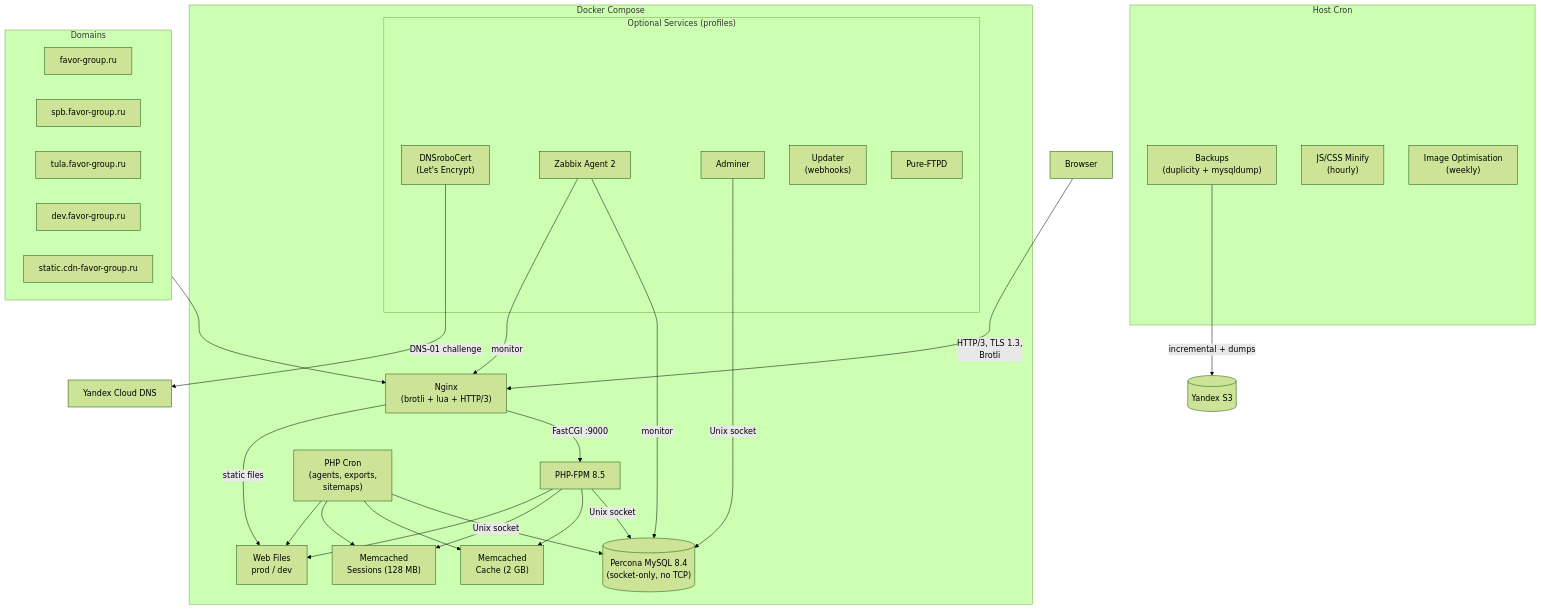
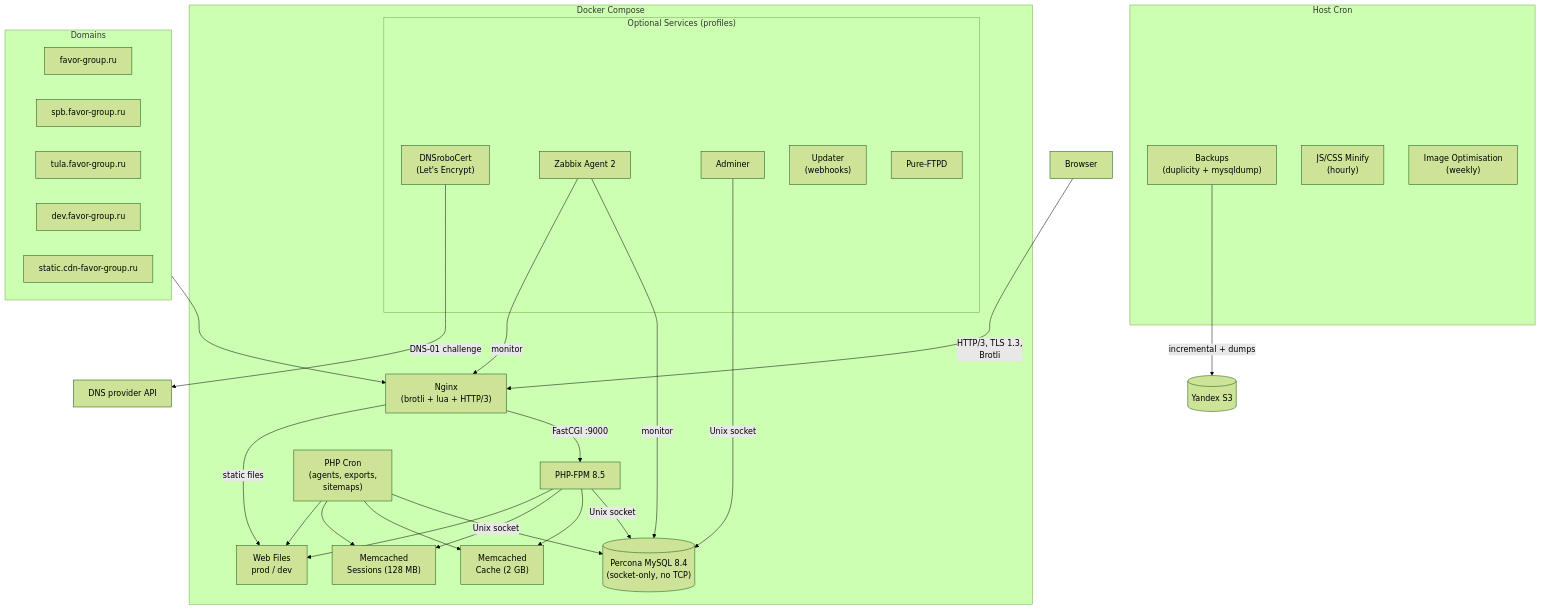
Before and after one commit to paskal/bitrix.infra: the first of 2 diagrams in Readme.md, drawn with Mermaid (forest theme). The commit also changed other lines of this file and 7 other files, not shown here.

First line of the commit message:
Drop the Yandex Cloud DNS token refresh

````diff
--- a/Readme.md
+++ b/Readme.md
@@ -9,52 +9,52 @@
 ```mermaid
 flowchart TB
     User["Browser"] -->|"HTTP/3, TLS 1.3,<br>Brotli"| Nginx
 
     subgraph Docker["Docker Compose"]
         Nginx["Nginx<br>(brotli + lua + HTTP/3)"]
 
         Nginx -->|"FastCGI :9000"| PHP["PHP-FPM 8.5"]
         Nginx -->|"static files"| Web["Web Files<br>prod / dev"]
 
         PHP -->|"Unix socket"| MySQL[("Percona MySQL 8.4<br>(socket-only, no TCP)")]
         PHP --> Memcached["Memcached<br>Cache (2 GB)"]
         PHP --> MemSessions["Memcached<br>Sessions (128 MB)"]
         PHP --> Web
 
         PHPCron["PHP Cron<br>(agents, exports,<br>sitemaps)"] -->|"Unix socket"| MySQL
         PHPCron --> Memcached
         PHPCron --> MemSessions
         PHPCron --> Web
 
         subgraph Optional["Optional Services (profiles)"]
             Certbot["DNSroboCert<br>(Let's Encrypt)"]
             Zabbix["Zabbix Agent 2"]
             Adminer["Adminer"]
             Updater["Updater<br>(webhooks)"]
             FTP["Pure-FTPD"]
         end
 
         Zabbix -->|"monitor"| MySQL
         Zabbix -->|"monitor"| Nginx
         Adminer -->|"Unix socket"| MySQL
     end
 
     subgraph HostCron["Host Cron"]
         Backup["Backups<br>(duplicity + mysqldump)"]
         Minify["JS/CSS Minify<br>(hourly)"]
         ImgOpt["Image Optimisation<br>(weekly)"]
     end
 
     Backup -->|"incremental + dumps"| S3[("Yandex S3")]
-    Certbot -->|"DNS-01 challenge"| YcDNS["Yandex Cloud DNS"]
+    Certbot -->|"DNS-01 challenge"| DNS["DNS provider API"]
 
     subgraph Regions["Domains"]
         MSK["favor-group.ru"]
         SPB["spb.favor-group.ru"]
         Tula["tula.favor-group.ru"]
         Dev["dev.favor-group.ru"]
         CDN["static.cdn-favor-group.ru"]
     end
 
     Regions --> Nginx
 ```
````
